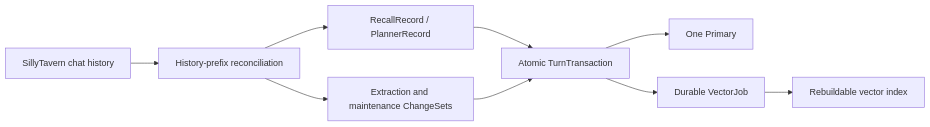
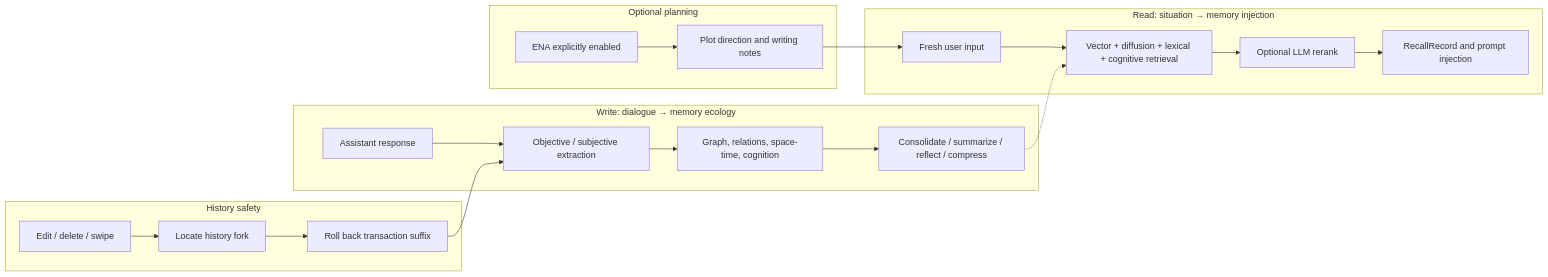
The diagram in README.en.md (Youzini-afk/ST-Bionic-Memory-Ecology), drawn with Mermaid before and after one commit. The commit also changed other lines of this file and 1 other file, not shown here.

````diff
--- a/README.en.md
+++ b/README.en.md
@@ -35,11 +96,27 @@
 ```mermaid
 flowchart LR
-    A["SillyTavern chat history"] --> B["History-prefix reconciliation"]
-    B --> C["RecallRecord / PlannerRecord"]
-    B --> D["Extraction and maintenance ChangeSets"]
-    C --> E["Atomic TurnTransaction"]
-    D --> E
-    E --> F["One Primary"]
-    E --> G["Durable VectorJob"]
-    G --> H["Rebuildable vector index"]
+    subgraph Write["Write: dialogue → memory ecology"]
+        A["Assistant response"] --> B["Objective / subjective extraction"]
+        B --> C["Graph, relations, space-time, cognition"]
+        C --> D["Consolidate / summarize / reflect / compress"]
+    end
+
+    subgraph Read["Read: situation → memory injection"]
+        E["Fresh user input"] --> F["Vector + diffusion + lexical + cognitive retrieval"]
+        F --> G["Optional LLM rerank"]
+        G --> H["RecallRecord and prompt injection"]
+    end
+
+    subgraph Plan["Optional planning"]
+        I["ENA explicitly enabled"] --> J["Plot direction and writing notes"]
+        J --> E
+    end
+
+    subgraph Safe["History safety"]
+        K["Edit / delete / swipe"] --> L["Locate history fork"]
+        L --> M["Roll back transaction suffix"]
+        M --> B
+    end
+
+    D -.-> F
 ```
````
